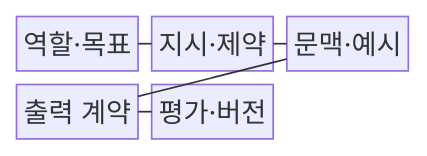
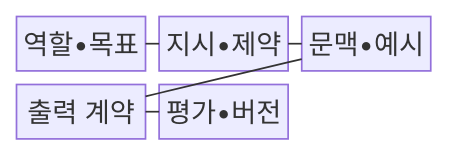
Before and after one commit to agnusdei1207/knowledge-base: the first of 2 diagrams in src/content/docs/notes/08-latest-tech/035_prompt_engineering.md, drawn with Mermaid. The commit also changed other lines of this file and 953 other files, not shown here.

````diff
--- a/src/content/docs/notes/08-latest-tech/035_prompt_engineering.md
+++ b/src/content/docs/notes/08-latest-tech/035_prompt_engineering.md
@@ -73,13 +73,13 @@
 ```mermaid
 block-beta
   columns 3
-  A["역할·목표"]
-  B["지시·제약"]
-  C["문맥·예시"]
+  A["역할•목표"]
+  B["지시•제약"]
+  C["문맥•예시"]
   D["출력 계약"]
-  E["평가·버전"]
+  E["평가•버전"]
   A --- B
   B --- C
   C --- D
   D --- E
 ```
````
